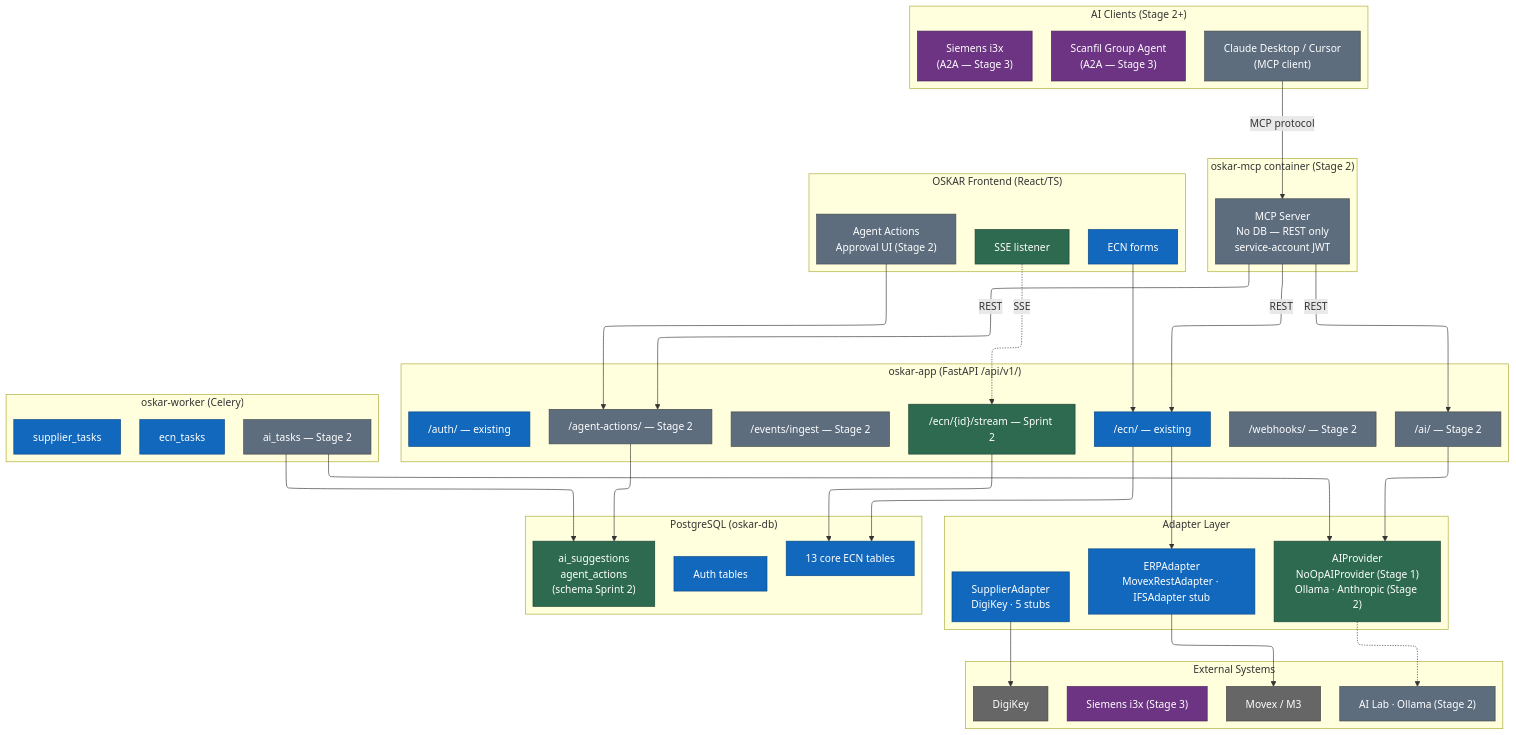
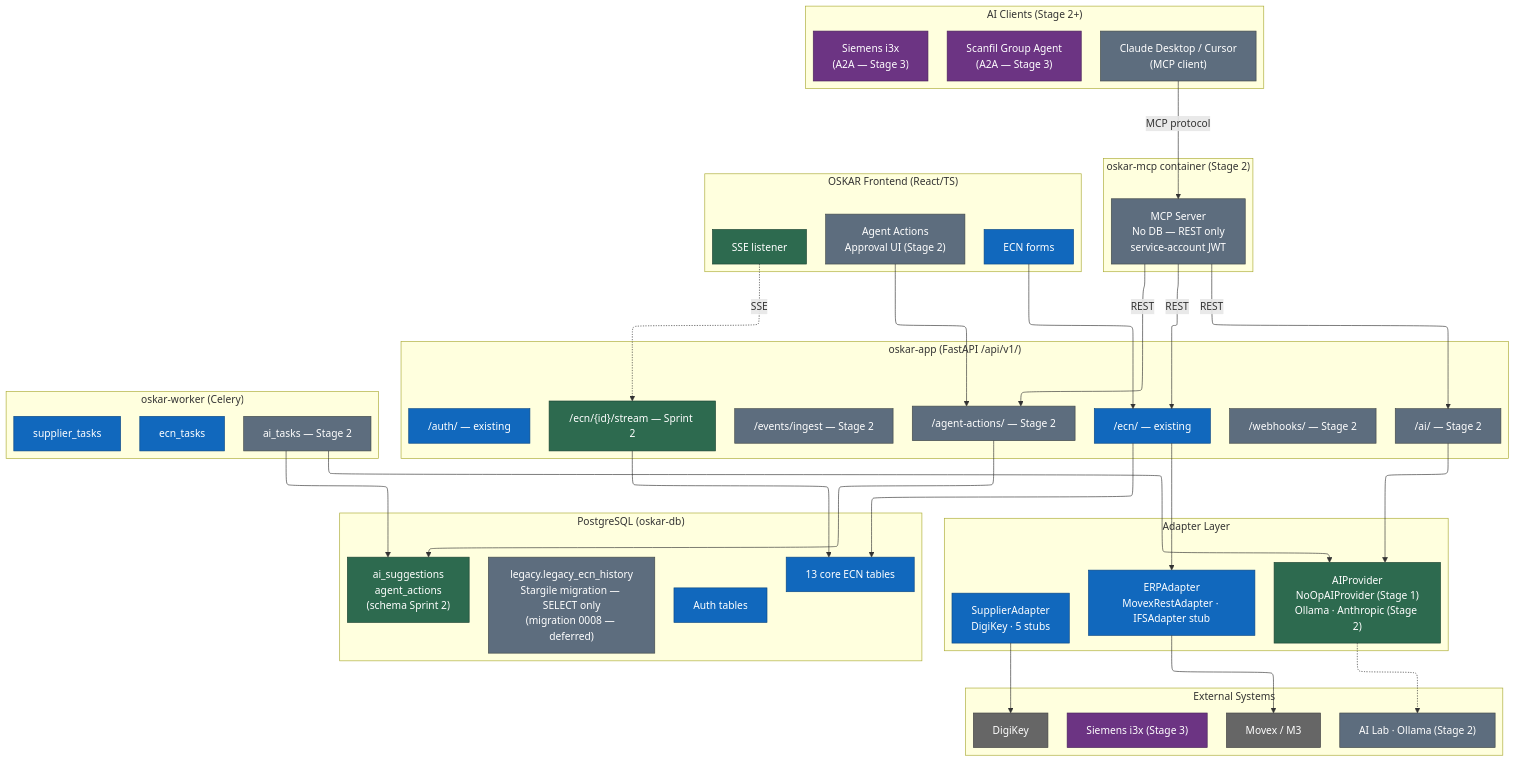
Diagram 18 of 18 in ai/memory/03-oskar-architecture.md (hsalazar-srx/Oskar), drawn with Mermaid before and after one commit. The commit also changed other lines of this file and 7 other files, not shown here.

First line of the commit message:
docs(oskar-arch): Sprint 2 memory updates — ADR-009, drawing workflow, rejection flows

```diff
--- a/ai/memory/03-oskar-architecture.md
+++ b/ai/memory/03-oskar-architecture.md
@@ -1116,6 +1209,7 @@
     db_core["13 core ECN tables"]:::existing
     db_auth["Auth tables"]:::existing
     db_ai["ai_suggestions\nagent_actions\n(schema Sprint 2)"]:::sprint2
+    db_legacy["legacy.legacy_ecn_history\nStargile migration — SELECT only\n(migration 0008 — deferred)"]:::stage2
   end
 
   subgraph External["External Systems"]
```
